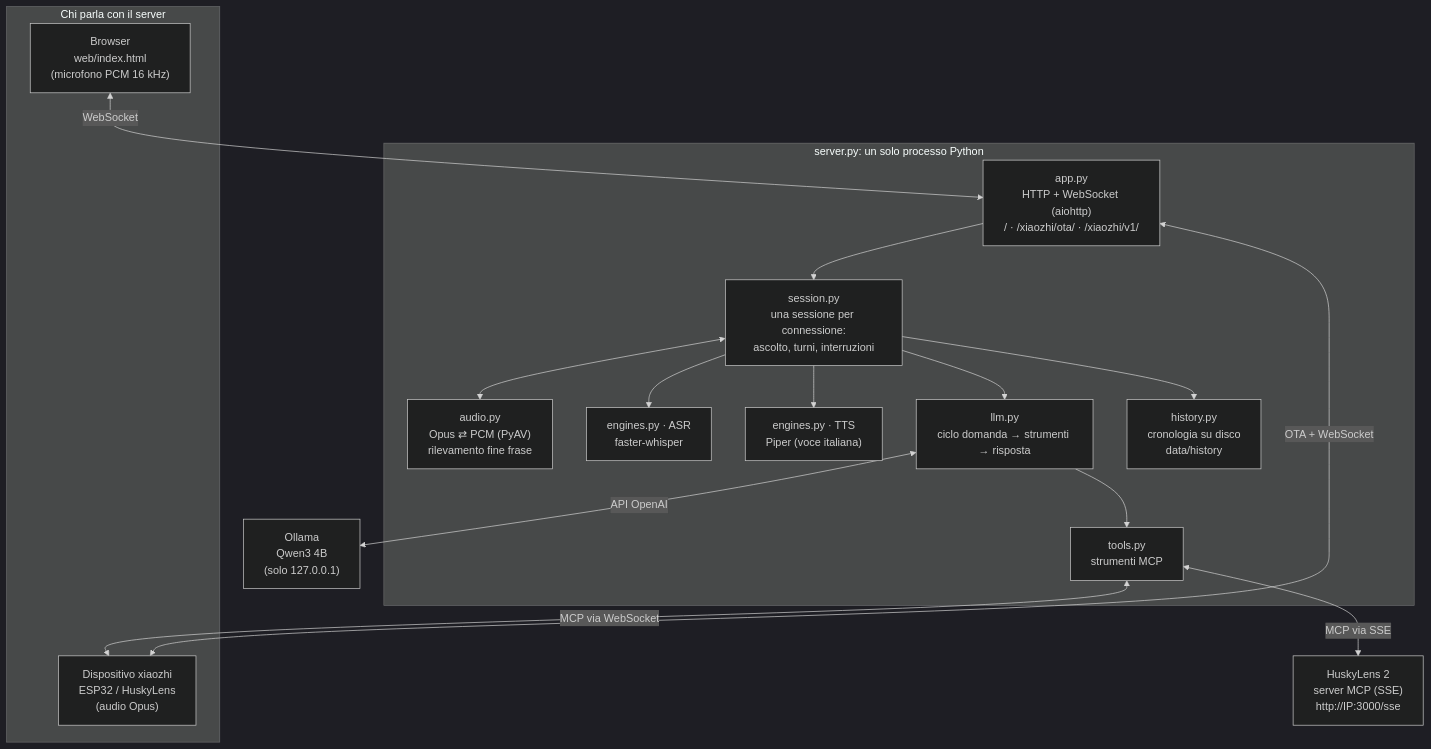
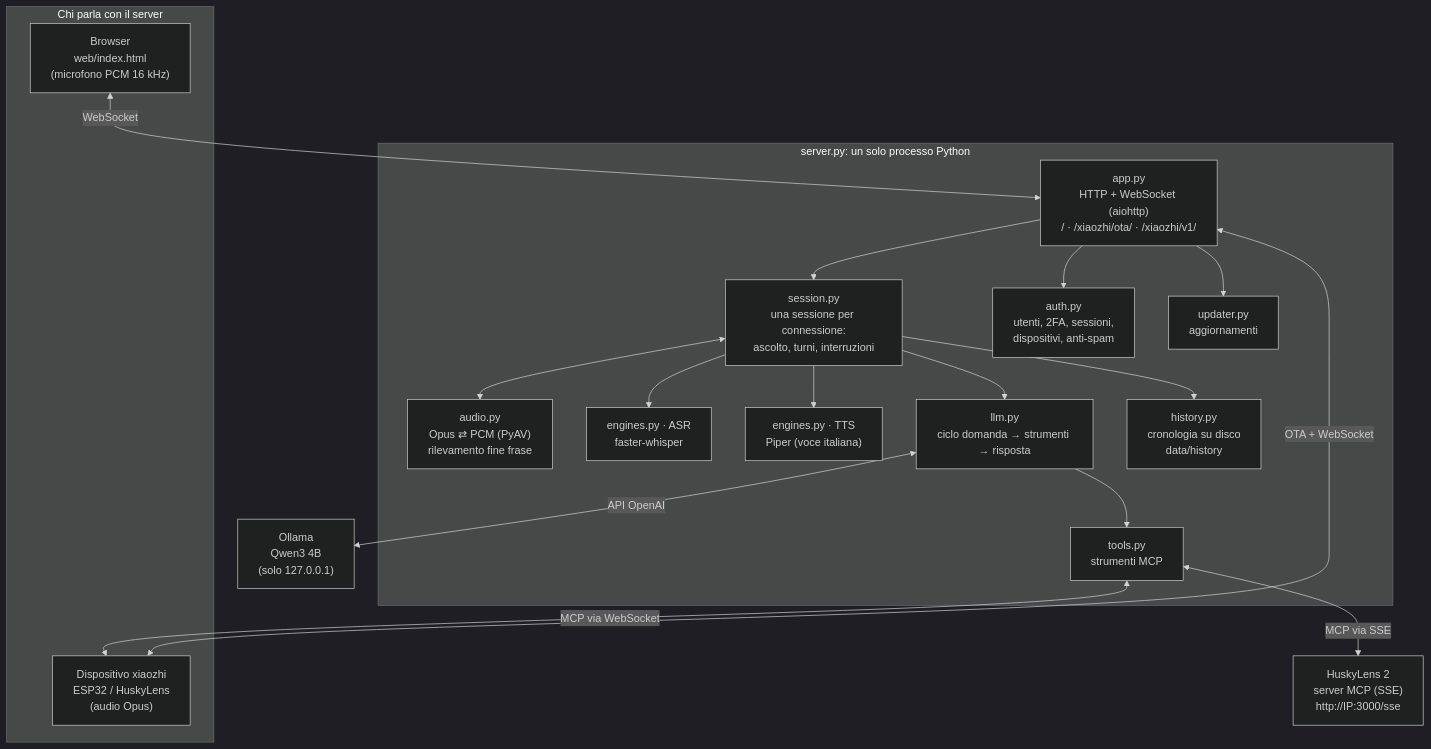
One commit to BitJacker/xiaozhi-local-server changed the first of 7 diagrams in docs/ARCHITETTURA.md. Above: the diagram before and after it, drawn with Mermaid (dark theme). The commit also changed other lines of this file and 35 other files, not shown here.

First line of the commit message:
v1.1.0: account con 2FA, anti-spam, dispositivi approvati e aggiornamenti che conservano i dati

````diff
--- a/docs/ARCHITETTURA.md
+++ b/docs/ARCHITETTURA.md
@@ -10,34 +10,38 @@
 ```mermaid
 flowchart TB
     subgraph client["Chi parla con il server"]
         WEB["Browser<br/>web/index.html<br/>(microfono PCM 16 kHz)"]
         DEV["Dispositivo xiaozhi<br/>ESP32 / HuskyLens<br/>(audio Opus)"]
     end
 
     subgraph server["server.py: un solo processo Python"]
         HTTP["app.py<br/>HTTP + WebSocket (aiohttp)<br/>/ · /xiaozhi/ota/ · /xiaozhi/v1/"]
         SES["session.py<br/>una sessione per connessione:<br/>ascolto, turni, interruzioni"]
         AUD["audio.py<br/>Opus ⇄ PCM (PyAV)<br/>rilevamento fine frase"]
         ASR["engines.py · ASR<br/>faster-whisper"]
         TTS["engines.py · TTS<br/>Piper (voce italiana)"]
         LLM["llm.py<br/>ciclo domanda → strumenti → risposta"]
         TOOLS["tools.py<br/>strumenti MCP"]
         HIST["history.py<br/>cronologia su disco<br/>data/history"]
+        AUTH["auth.py<br/>utenti, 2FA, sessioni,<br/>dispositivi, anti-spam"]
+        UPD["updater.py<br/>aggiornamenti"]
     end
 
     OLL["Ollama<br/>Qwen3 4B<br/>(solo 127.0.0.1)"]
     HUSKY["HuskyLens 2<br/>server MCP (SSE)<br/>http://IP:3000/sse"]
 
     WEB <-->|WebSocket| HTTP
     DEV <-->|OTA + WebSocket| HTTP
     HTTP --> SES
     SES <--> AUD
     SES --> ASR
     SES --> LLM
     SES --> TTS
     LLM <-->|API OpenAI| OLL
     LLM --> TOOLS
     TOOLS <-->|MCP via WebSocket| DEV
     TOOLS <-->|MCP via SSE| HUSKY
     SES --> HIST
+    HTTP --> AUTH
+    HTTP --> UPD
 ```
````
